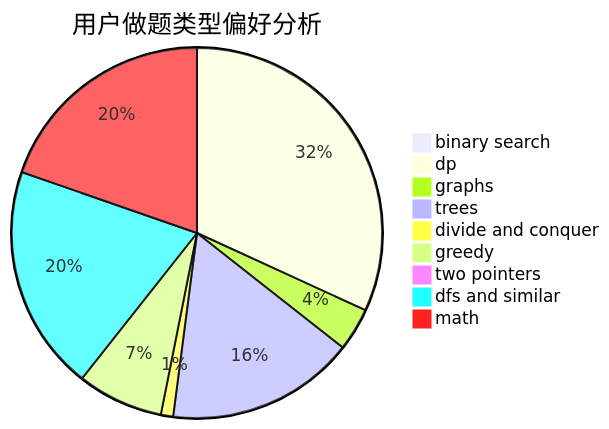
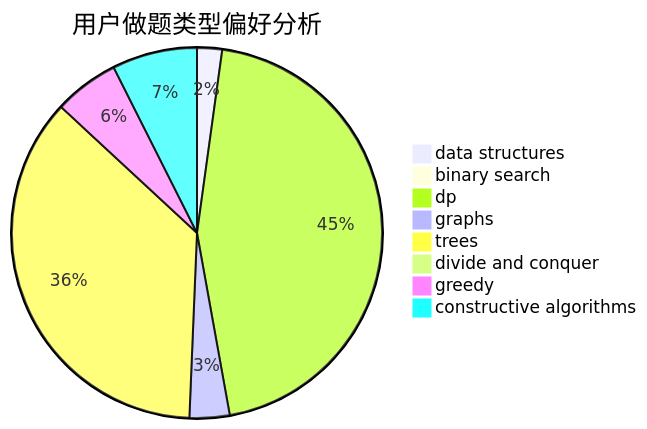
One commit to sherpahu/cfrs.github.io changed the second of 3 diagrams in docs/user/u2513.md. Above: the diagram before and after it, drawn with Mermaid. The commit also changed other lines of this file and 2775 other files, not shown here.

````diff
--- a/docs/user/u2513.md
+++ b/docs/user/u2513.md
@@ -23,12 +23,11 @@
 ```mermaid
 pie title 用户做题类型偏好分析
+    "data structures" :  5
     "binary search" :  0
-    "dp" :  178
-    "graphs" :  21
-    "trees" :  92
-    "divide and conquer" :  6
-    "greedy" :  42
-    "two pointers" :  4
-    "dfs and similar" :  110
-    "math" :  110
+    "dp" :  103
+    "graphs" :  8
+    "trees" :  83
+    "divide and conquer" :  0
+    "greedy" :  13
+    "constructive algorithms" :  17
 ```
````
